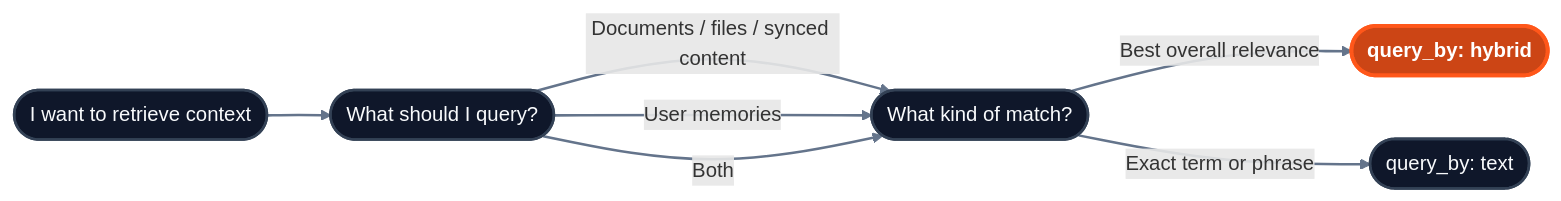
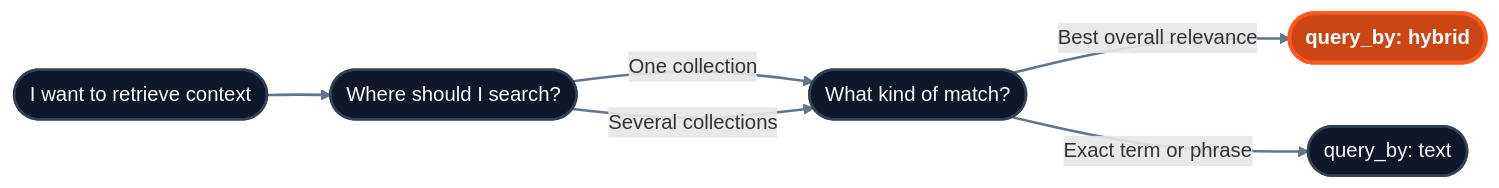
The diagram in api-reference/v2/endpoint/query-overview.mdx (hydra-db/mintlify-docs), drawn with Mermaid before and after one commit. The commit also changed other lines of this file, not shown here.

Commit message:
docs(reference): Query overview chooses collections, not a type (ENG-1618)

````diff
--- a/api-reference/v2/endpoint/query-overview.mdx
+++ b/api-reference/v2/endpoint/query-overview.mdx
@@ -19,23 +19,22 @@
 ```mermaid
 flowchart LR
 
 classDef standard fill:#0f172a,stroke:#334155,stroke-width:2px,color:#f8fafc;
 classDef innovation fill:#CC4515,stroke:#FF571A,stroke-width:3px,color:#ffffff,font-weight:bold;
 
 Q([I want to retrieve context])
-S([What should I query?])
+S([Where should I search?])
 M([What kind of match?])
 H([query_by: hybrid])
 T([query_by: text])
 
 Q --> S
-S -- "Documents / files / synced content" --> M
-S -- "User memories" --> M
-S -- "Both" --> M
+S -- "One collection" --> M
+S -- "Several collections" --> M
 M -- "Best overall relevance" --> H
 M -- "Exact term or phrase" --> T
 
 class Q,S,M,T standard;
 class H innovation;
 linkStyle default stroke:#64748b,stroke-width:2px;
 ```
````
